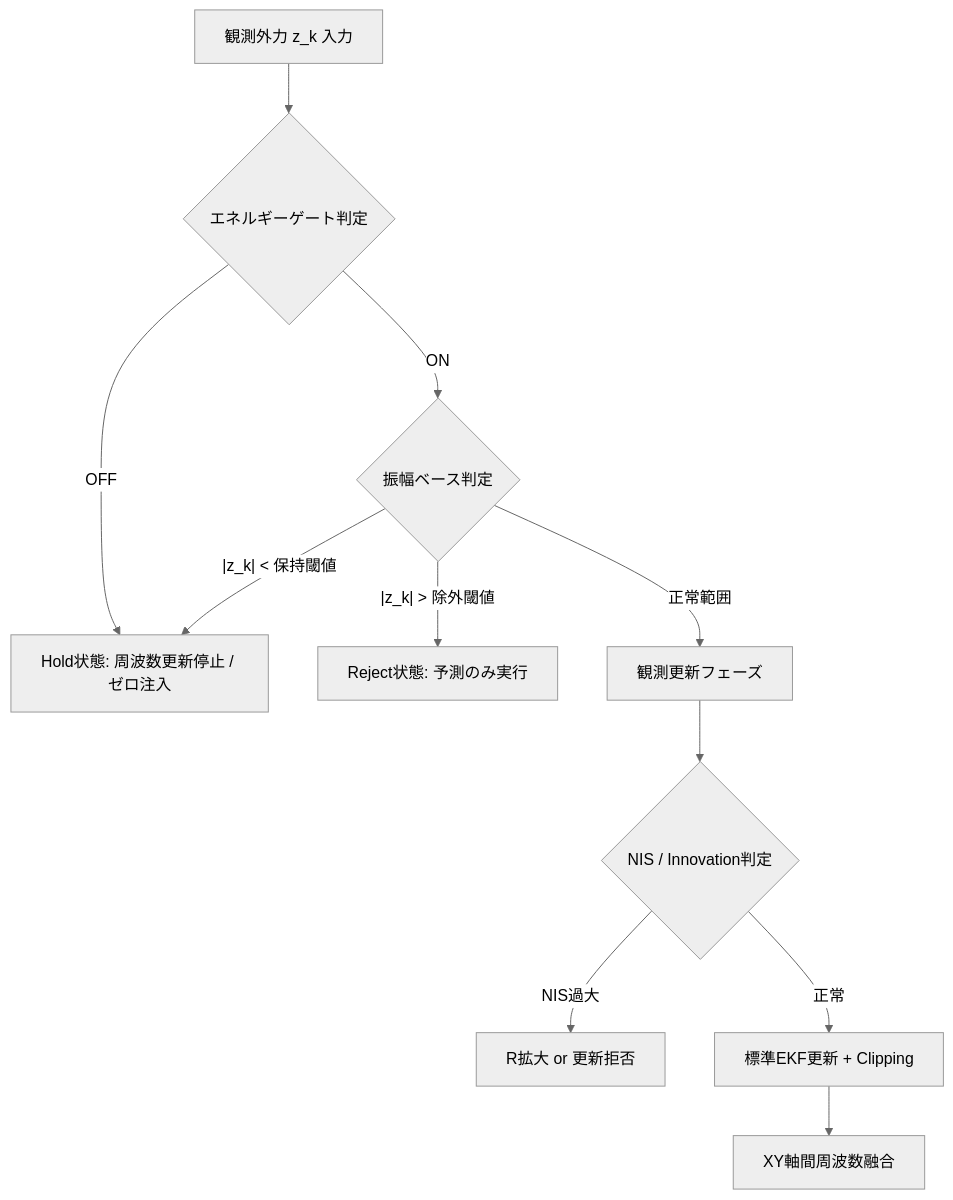
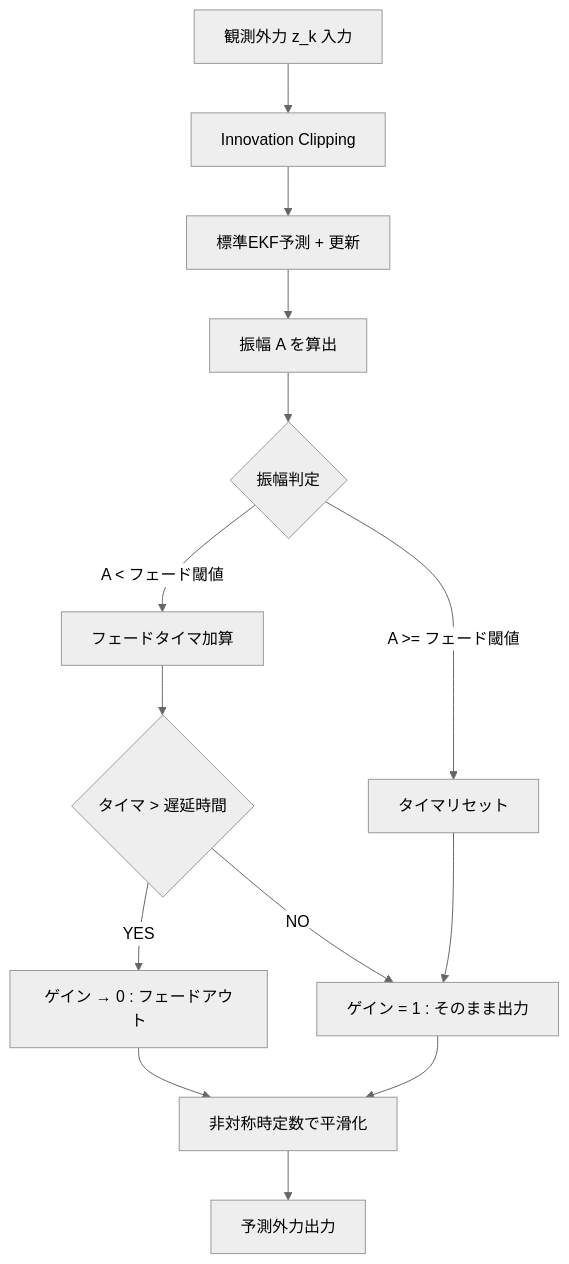
Before and after one commit to KeitaTK/Ardupilot-UmemotoLab: the diagram in libraries/AP_Observer/README.md, drawn with Mermaid (neutral theme). The commit also changed other lines of this file, not shown here.

````diff
--- a/libraries/AP_Observer/README.md
+++ b/libraries/AP_Observer/README.md
@@ -128,16 +128,16 @@
 ```mermaid
 graph TD
-    A[観測外力 z_k 入力] --> B{エネルギーゲート判定}
-    B -- OFF --> C[Hold状態: 周波数更新停止 / ゼロ注入]
-    B -- ON --> D{振幅ベース判定}
-    
-    D -- "|z_k| < 保持閾値" --> C
-    D -- "|z_k| > 除外閾値" --> E[Reject状態: 予測のみ実行]
-    D -- 正常範囲 --> F[観測更新フェーズ]
-    
-    F --> G{NIS / Innovation判定}
-    G -- "NIS過大" --> H[R拡大 or 更新拒否]
-    G -- 正常 --> I[標準EKF更新 + Clipping]
-    
-    I --> J[XY軸間周波数融合]
+    A[観測外力 z_k 入力] --> B[Innovation Clipping]
+    B --> C[標準EKF予測 + 更新]
+    C --> D[振幅 A を算出]
+    D --> E{振幅判定}
+    E -- "A < フェード閾値" --> F[フェードタイマ加算]
+    F --> G{タイマ > 遅延時間}
+    G -- YES --> H[ゲイン → 0 : フェードアウト]
+    G -- NO  --> I[ゲイン = 1 : そのまま出力]
+    E -- "A >= フェード閾値" --> J[タイマリセット]
+    J --> I
+    H --> K[非対称時定数で平滑化]
+    I --> K
+    K --> L[予測外力出力]
 ```
````
